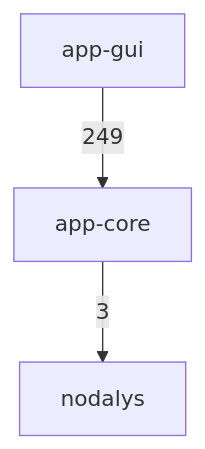
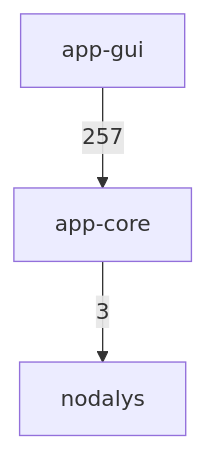
Before and after one commit to ronnymilleo/imcsim: the first of 3 diagrams in docs/architecture.md, drawn with Mermaid. The commit also changed other lines of this file and 57 other files, not shown here.

````diff
--- a/docs/architecture.md
+++ b/docs/architecture.md
@@ -22,8 +22,8 @@
 ```mermaid
 flowchart TD
     app_gui[app-gui]
     app_core[app-core]
     nodalys[nodalys]
     app_core -->|3| nodalys
-    app_gui -->|249| app_core
+    app_gui -->|257| app_core
 ```
````
